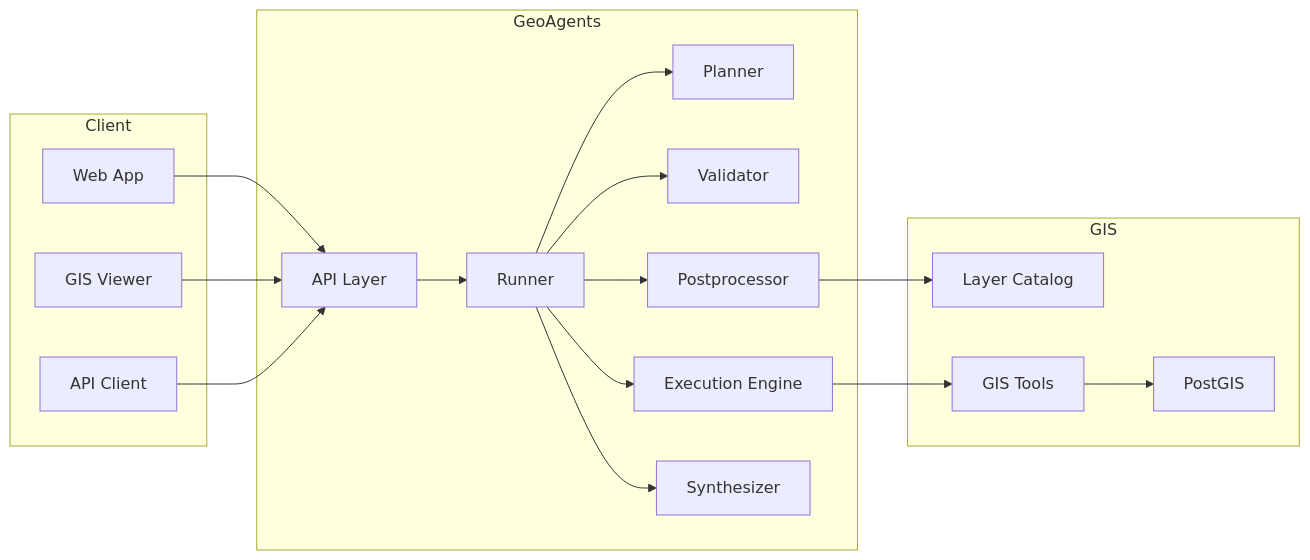
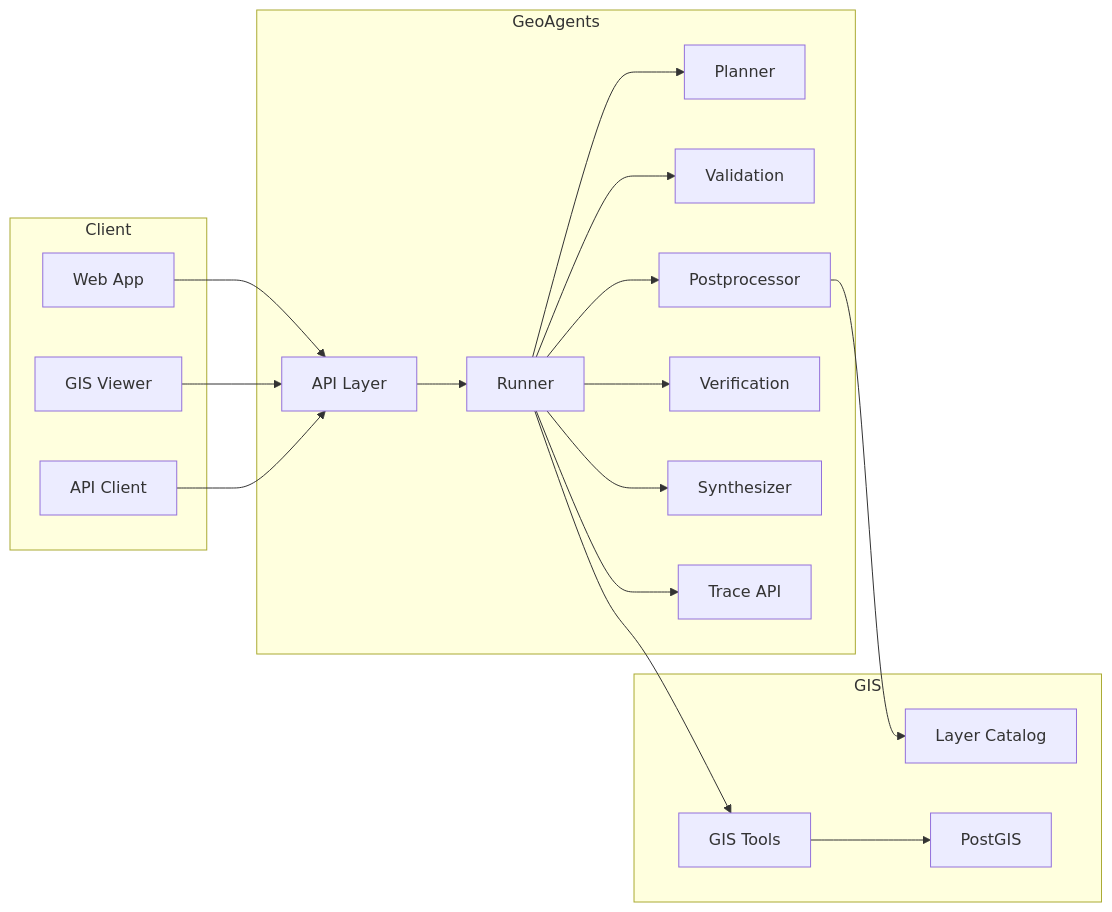
One commit to juaquicar/GeoAgents changed diagram 14 of 16 in docs/diagrams.md. Above: the diagram before and after it, drawn with Mermaid. The commit also changed other lines of this file and 12 other files, not shown here.

````diff
--- a/docs/diagrams.md
+++ b/docs/diagrams.md
@@ -255,42 +325,42 @@
 ```mermaid
 flowchart LR
 
 subgraph Client
 A[Web App]
 B[GIS Viewer]
 C[API Client]
 end
 
 subgraph GeoAgents
 D[API Layer]
 E[Runner]
 F[Planner]
-G[Validator]
+G[Validation]
 H[Postprocessor]
-I[Execution Engine]
+I[Verification]
 J[Synthesizer]
+K[Trace API]
 end
 
 subgraph GIS
-K[Layer Catalog]
-L[GIS Tools]
-M[PostGIS]
+L[Layer Catalog]
+M[GIS Tools]
+N[PostGIS]
 end
 
 A --> D
 B --> D
 C --> D
 
 D --> E
-
 E --> F
 E --> G
 E --> H
 E --> I
 E --> J
+E --> K
 
-I --> L
-L --> M
-
-H --> K
+H --> L
+E --> M
+M --> N
 ```
````
